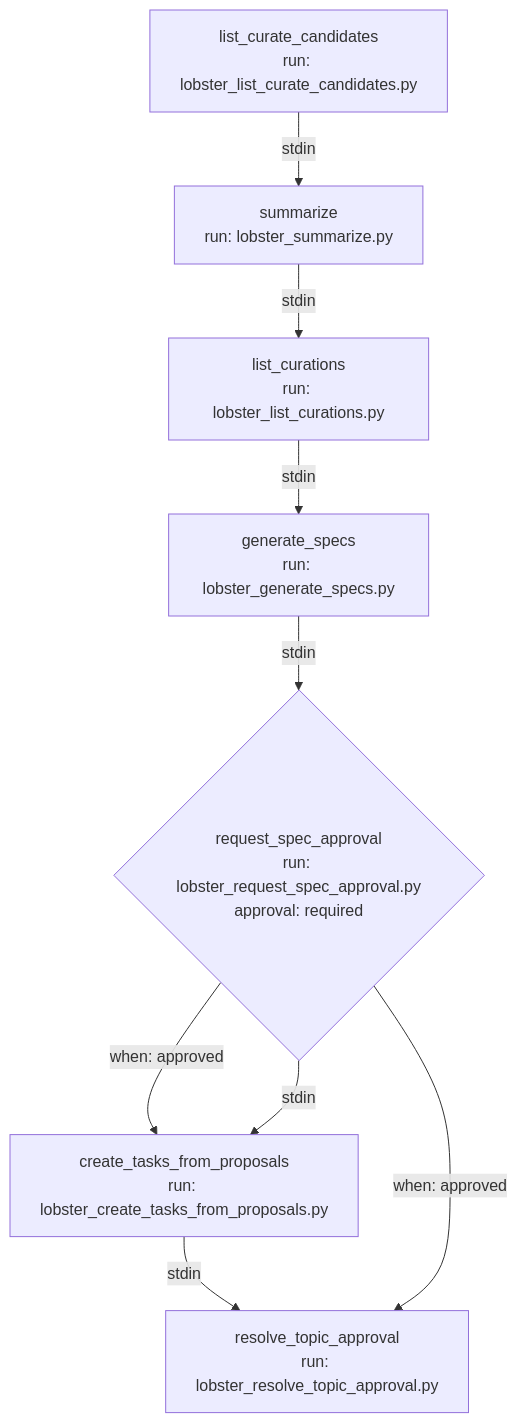
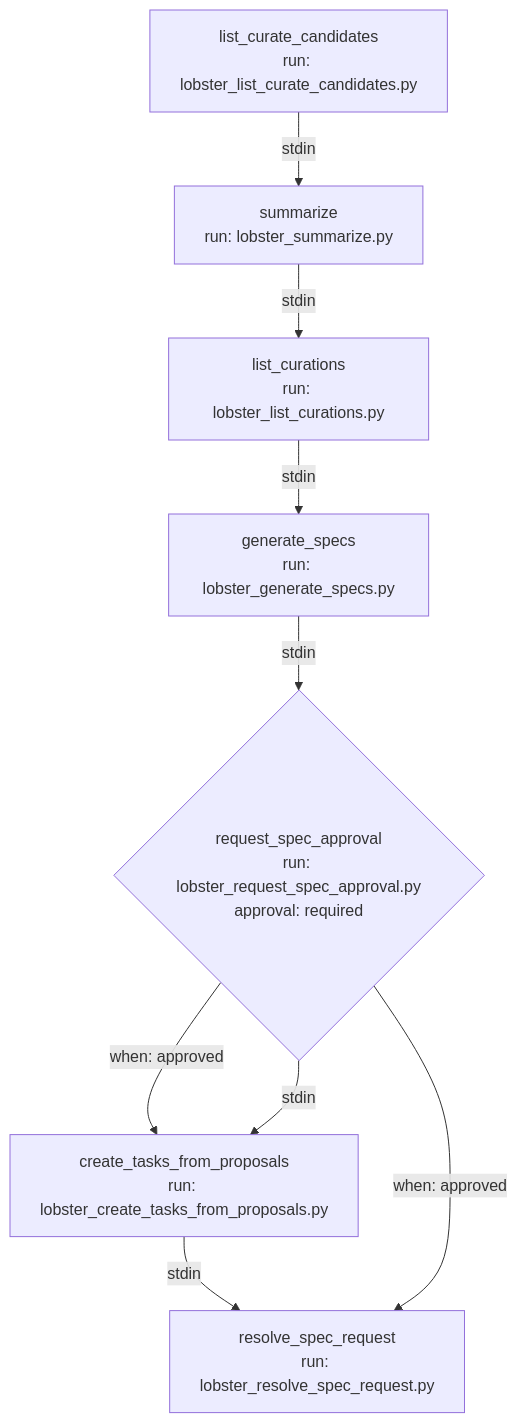
Before and after one commit to Stoffer-Industries/sindustries: the diagram in lobster/x-bookmarks-review-pipeline.mermaid.md, drawn with Mermaid. The commit also changed 4 other files, not shown here.

First line of the commit message:
refactor(lobster): rename resolve_topic_approval to resolve_spec_request

````diff
--- a/lobster/x-bookmarks-review-pipeline.mermaid.md
+++ b/lobster/x-bookmarks-review-pipeline.mermaid.md
@@ -1,19 +1,19 @@
 ```mermaid
 flowchart TD
   list_curate_candidates["list_curate_candidates\nrun: lobster_list_curate_candidates.py"]
   summarize["summarize\nrun: lobster_summarize.py"]
   list_curations["list_curations\nrun: lobster_list_curations.py"]
   generate_specs["generate_specs\nrun: lobster_generate_specs.py"]
   request_spec_approval{"request_spec_approval\nrun: lobster_request_spec_approval.py\napproval: required"}
   create_tasks_from_proposals["create_tasks_from_proposals\nrun: lobster_create_tasks_from_proposals.py"]
-  resolve_topic_approval["resolve_topic_approval\nrun: lobster_resolve_topic_approval.py"]
+  resolve_spec_request["resolve_spec_request\nrun: lobster_resolve_spec_request.py"]
 
   list_curate_candidates -->|stdin| summarize
   summarize -->|stdin| list_curations
   list_curations -->|stdin| generate_specs
   generate_specs -->|stdin| request_spec_approval
   request_spec_approval -->|when: approved| create_tasks_from_proposals
   request_spec_approval -->|stdin| create_tasks_from_proposals
-  create_tasks_from_proposals -->|stdin| resolve_topic_approval
-  request_spec_approval -->|when: approved| resolve_topic_approval
+  create_tasks_from_proposals -->|stdin| resolve_spec_request
+  request_spec_approval -->|when: approved| resolve_spec_request
 ```
````
